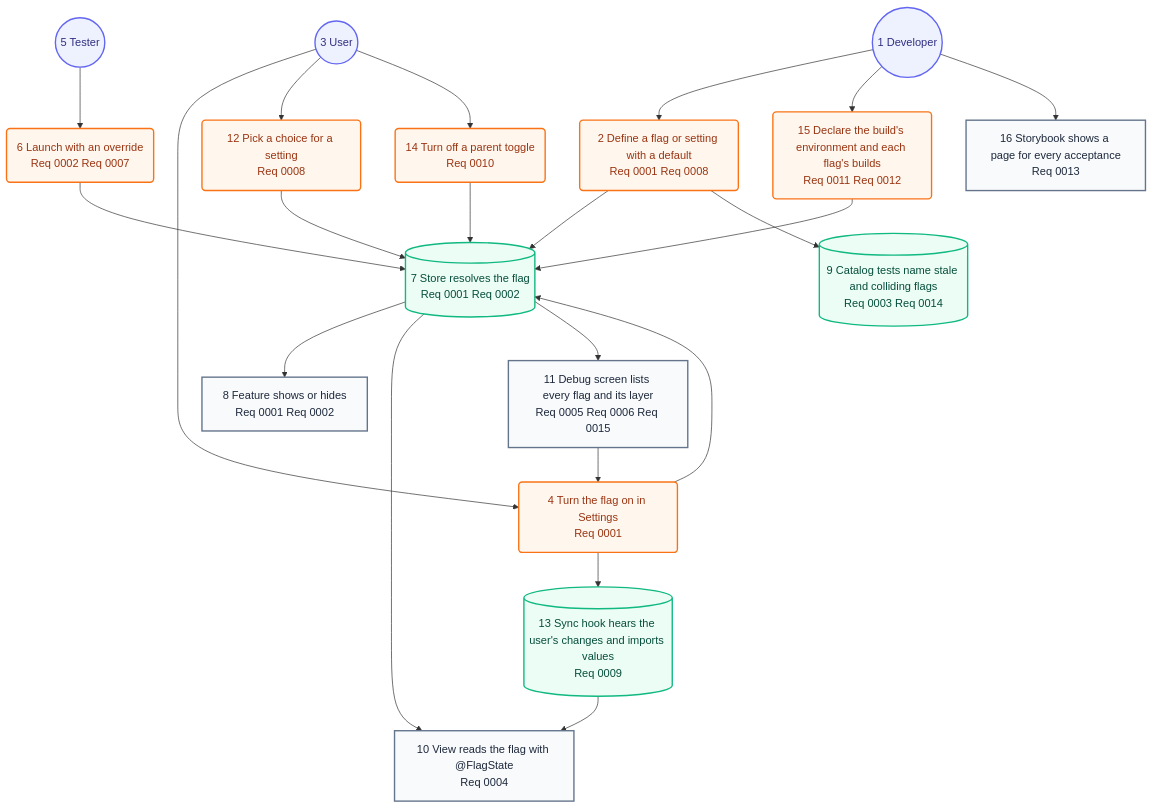
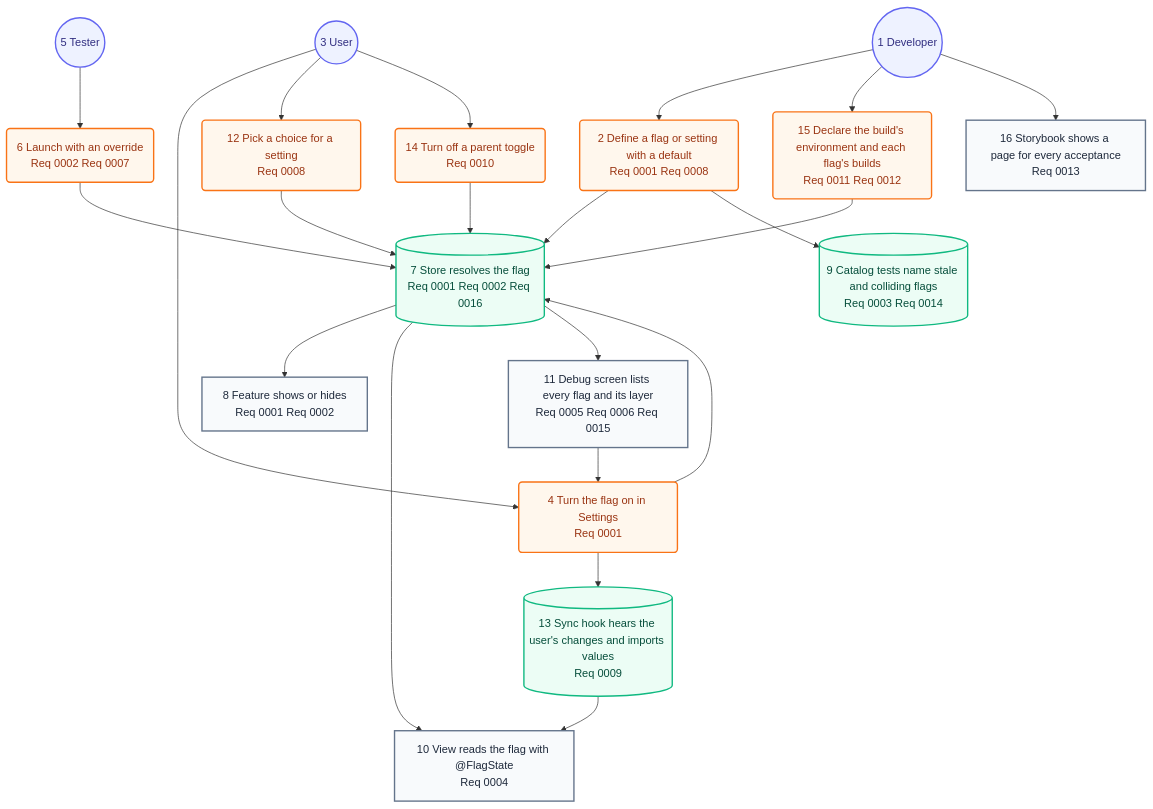
The second of 2 diagrams in docs/architecture/05-user-journey.md (may-journal/feature-flag-kit), drawn with Mermaid before and after one commit. The commit also changed other lines of this file and 7 other files, not shown here.

````diff
--- a/docs/architecture/05-user-journey.md
+++ b/docs/architecture/05-user-journey.md
@@ -31,45 +31,45 @@
 ```mermaid
 flowchart TB
     developer((1 Developer)):::persona
     define(2 Define a flag or setting with a default<br/>Req 0001 Req 0008):::action
     user((3 User)):::persona
     toggle(4 Turn the flag on in Settings<br/>Req 0001):::action
     tester((5 Tester)):::persona
     launch(6 Launch with an override<br/>Req 0002 Req 0007):::action
-    resolve[(7 Store resolves the flag<br/>Req 0001 Req 0002)]:::system
+    resolve[(7 Store resolves the flag<br/>Req 0001 Req 0002 Req 0016)]:::system
     feature[8 Feature shows or hides<br/>Req 0001 Req 0002]:::screen
     expiry[(9 Catalog tests name stale and colliding flags<br/>Req 0003 Req 0014)]:::system
     view[10 View reads the flag with @FlagState<br/>Req 0004]:::screen
     debug[11 Debug screen lists every flag and its layer<br/>Req 0005 Req 0006 Req 0015]:::screen
     choose(12 Pick a choice for a setting<br/>Req 0008):::action
     sync[(13 Sync hook hears the user's changes and imports values<br/>Req 0009)]:::system
     group(14 Turn off a parent toggle<br/>Req 0010):::action
     environment(15 Declare the build's environment and each flag's builds<br/>Req 0011 Req 0012):::action
     storybook[16 Storybook shows a page for every acceptance<br/>Req 0013]:::screen
 
     developer --> define
     user --> toggle
     tester --> launch
     define --> resolve
     toggle --> resolve
     launch --> resolve
     resolve --> feature
     define --> expiry
     resolve --> view
     resolve --> debug
     debug --> toggle
     user --> choose
     choose --> resolve
     toggle --> sync
     sync --> view
     user --> group
     group --> resolve
     developer --> environment
     environment --> resolve
     developer --> storybook
 
     classDef persona fill:#eef2ff,stroke:#6366f1,color:#312e81,stroke-width:2px
     classDef screen fill:#f8fafc,stroke:#64748b,color:#1e293b,stroke-width:2px
     classDef action fill:#fff7ed,stroke:#f97316,color:#9a3412,stroke-width:2px
     classDef system fill:#ecfdf5,stroke:#10b981,color:#064e3b,stroke-width:2px
 ```
````
